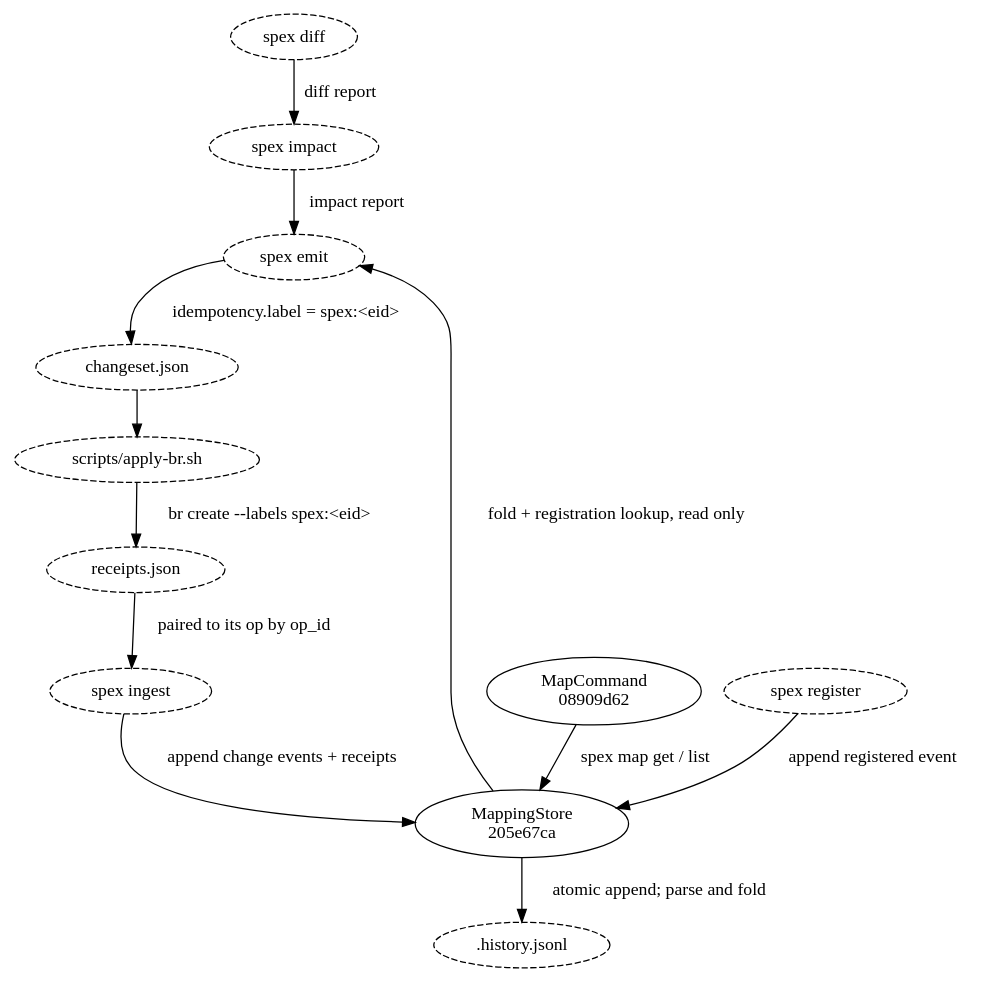
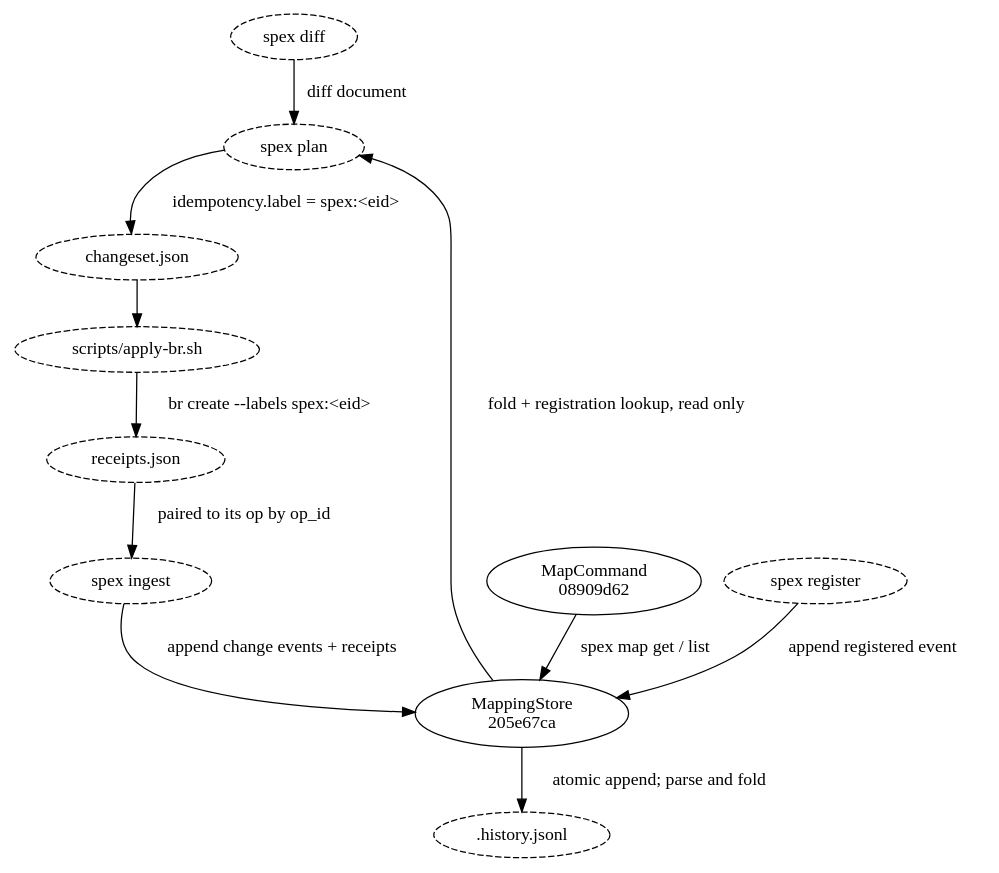
The diagram in spec/map/flow_bead_mapping.md (dmitriyb/spexmachina), drawn with Graphviz before and after one commit. The commit also changed other lines of this file and 74 other files, not shown here.

First line of the commit message:
spec: plan module replaces impact+emit; retarget and absorb riders

````diff
--- a/spec/map/flow_bead_mapping.md
+++ b/spec/map/flow_bead_mapping.md
@@ -13,28 +14,26 @@
 ```dot
 digraph bead_mapping {
     "spex diff"           [style=dashed];
-    "spex impact"         [style=dashed];
-    "spex emit"           [style=dashed];
+    "spex plan"           [style=dashed];
     "changeset.json"      [style=dashed];
     "scripts/apply-br.sh" [style=dashed];
     "receipts.json"       [style=dashed];
     "spex ingest"         [style=dashed];
     ".history.jsonl"      [style=dashed];
     "205e67ca4aad"        [label="MappingStore\n205e67ca"];
     "08909d62930b"        [label="MapCommand\n08909d62"];
 
     "spex register"       [style=dashed];
 
     "spex register"       -> "205e67ca4aad"        [label="append registered event"];
-    "spex diff"           -> "spex impact"         [label="diff report"];
-    "spex impact"         -> "spex emit"           [label="impact report"];
-    "205e67ca4aad"        -> "spex emit"           [label="fold + registration lookup, read only"];
-    "spex emit"           -> "changeset.json"      [label="idempotency.label = spex:<eid>"];
+    "spex diff"           -> "spex plan"           [label="diff document"];
+    "205e67ca4aad"        -> "spex plan"           [label="fold + registration lookup, read only"];
+    "spex plan"           -> "changeset.json"      [label="idempotency.label = spex:<eid>"];
     "changeset.json"      -> "scripts/apply-br.sh";
     "scripts/apply-br.sh" -> "receipts.json"       [label="br create --labels spex:<eid>"];
     "receipts.json"       -> "spex ingest"         [label="paired to its op by op_id"];
     "spex ingest"         -> "205e67ca4aad"        [label="append change events + receipts"];
     "205e67ca4aad"        -> ".history.jsonl"      [label="atomic append; parse and fold"];
     "08909d62930b"        -> "205e67ca4aad"        [label="spex map get / list"];
 }
 ```
````
